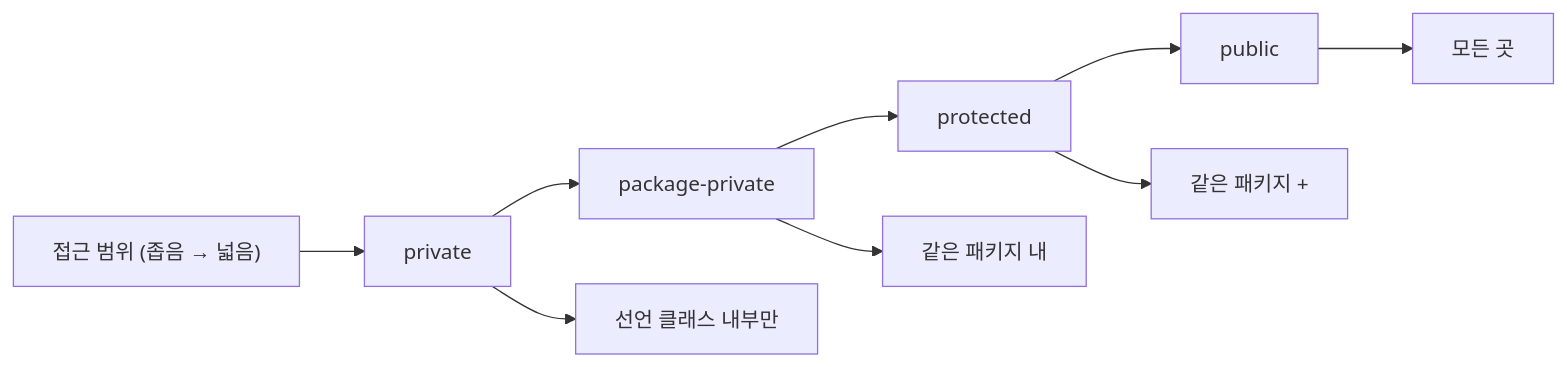
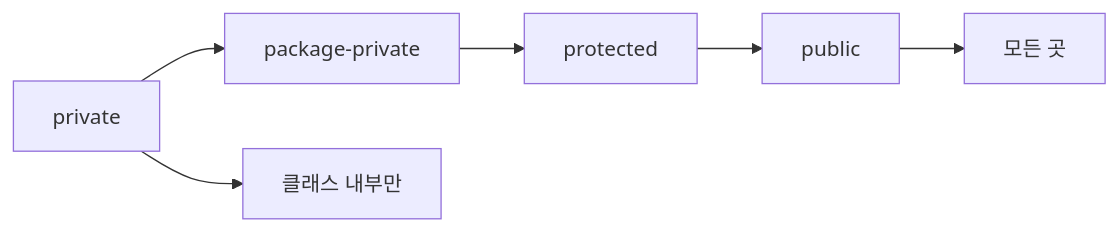
Before and after one commit to yjkim2015/yjkim2015.github.io: the second of 4 diagrams in _posts/java/2021-12-29-effective-java15.md, drawn with Mermaid. The commit also changed 163 other files, not shown here.

First line of the commit message:
Mermaid 300개 블록 내용 축소: 5노드 5엣지 이하, 의미 있는 약어

````diff
--- a/_posts/java/2021-12-29-effective-java15.md
+++ b/_posts/java/2021-12-29-effective-java15.md
@@ -33,11 +33,8 @@
 ```mermaid
 graph LR
-    A["접근 범위 (좁음 → 넓음)"] --> B["private"]
-    B --> C["package-private"]
-    C --> D["protected"]
-    D --> E["public"]
-    B --> B1["선언 클래스 내부만"]
-    C --> C1["같은 패키지 내"]
-    D --> D1["같은 패키지 +"]
-    E --> E1["모든 곳"]
+    A["private"] --> B["package-private"]
+    B --> C["protected"]
+    C --> D["public"]
+    A --> A1["클래스 내부만"]
+    D --> D1["모든 곳"]
 ```
````
